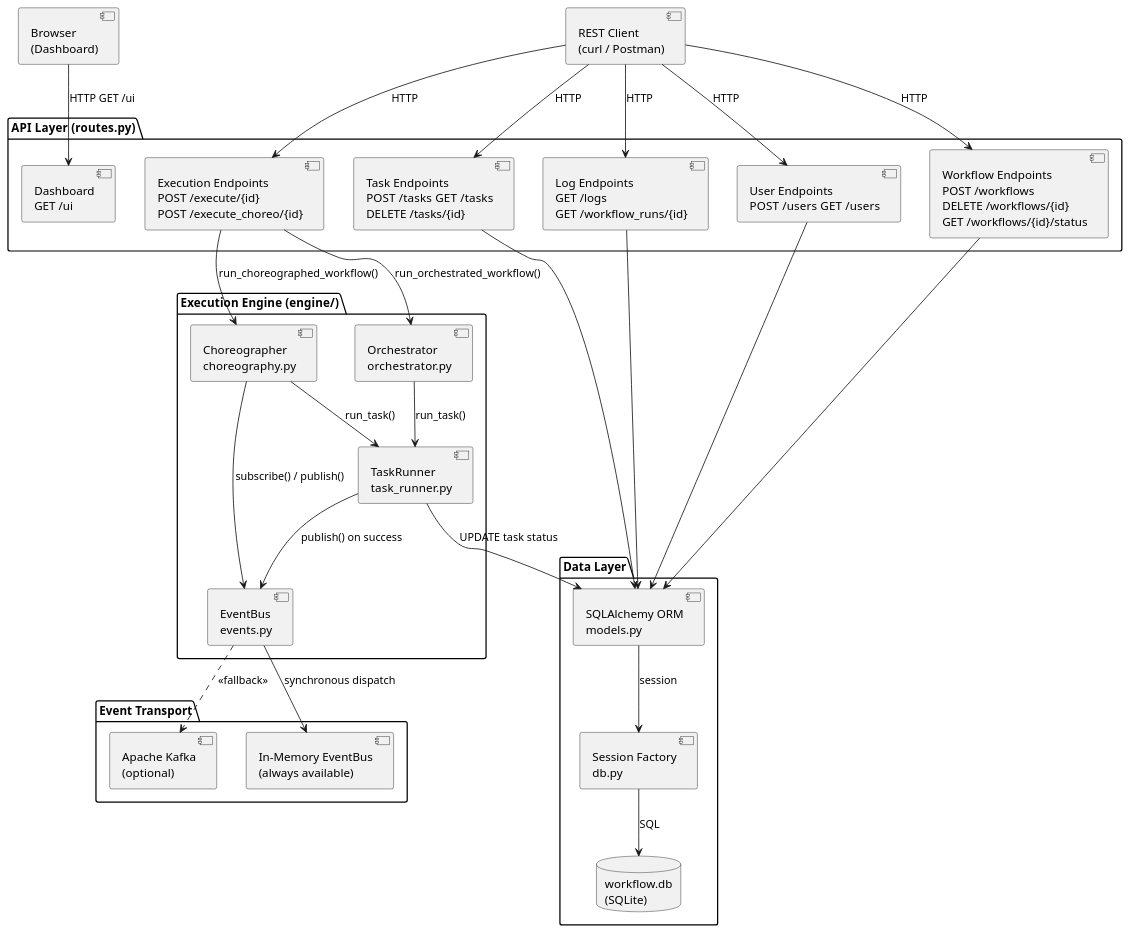
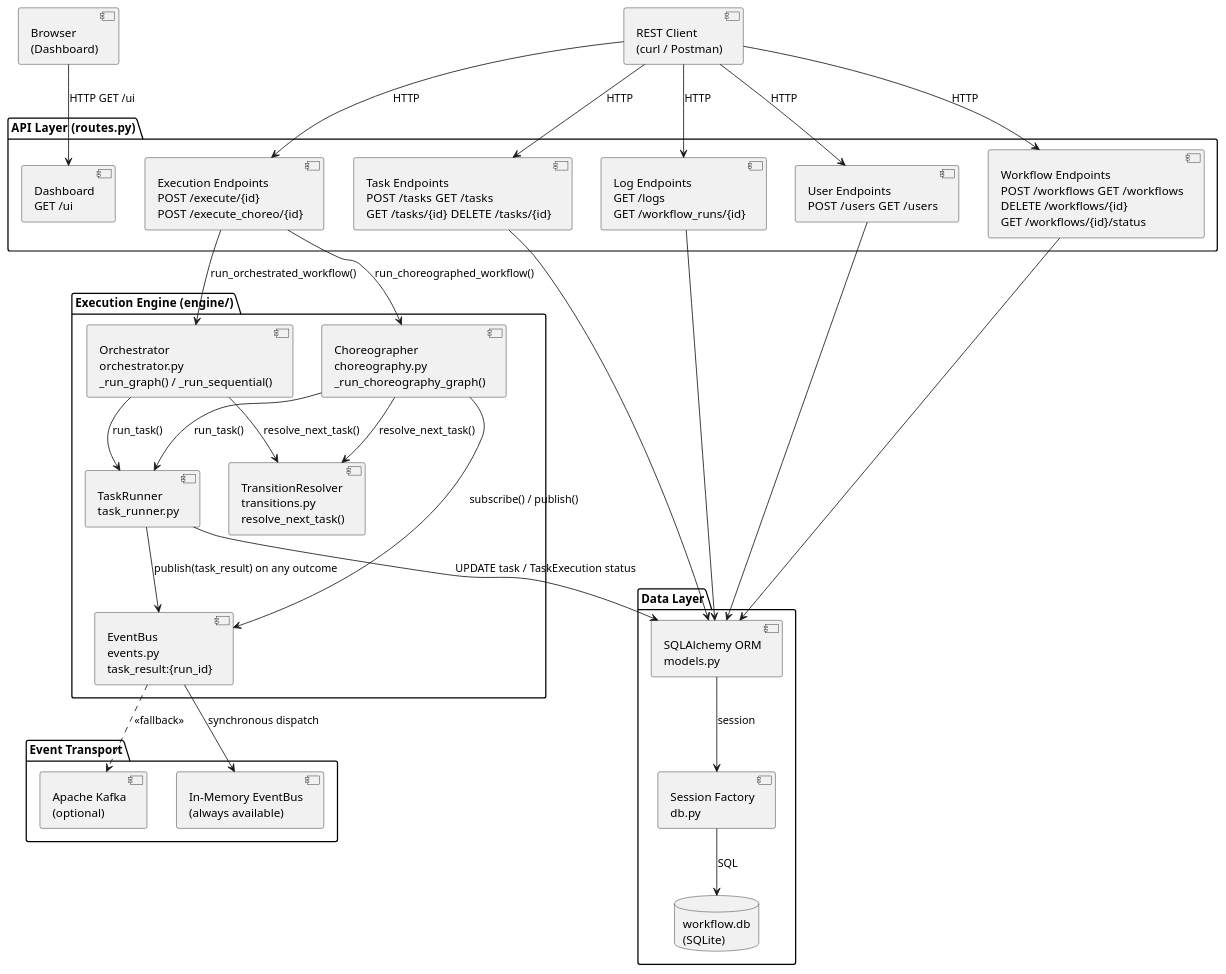
The second of 15 diagrams in docs/REPORT.md (MAES1102/WMS), drawn with PlantUML before and after one commit. The commit also changed other lines of this file and 32 other files, not shown here.

Commit message:
archive: preserve advanced graph prototype

````diff
--- a/docs/REPORT.md
+++ b/docs/REPORT.md
@@ -963,61 +1122,64 @@
 ```plantuml
 @startuml
 skinparam componentStyle uml2
 skinparam shadowing false
 skinparam defaultFontName Arial
 
 component "Browser\n(Dashboard)" as Browser
 component "REST Client\n(curl / Postman)" as RestClient
 
 package "API Layer  (routes.py)" {
   component "User Endpoints\nPOST /users  GET /users" as UserEP
-  component "Workflow Endpoints\nPOST /workflows\nDELETE /workflows/{id}\nGET /workflows/{id}/status" as WfEP
-  component "Task Endpoints\nPOST /tasks  GET /tasks\nDELETE /tasks/{id}" as TaskEP
+  component "Workflow Endpoints\nPOST /workflows  GET /workflows\nDELETE /workflows/{id}\nGET /workflows/{id}/status" as WfEP
+  component "Task Endpoints\nPOST /tasks  GET /tasks\nGET /tasks/{id}  DELETE /tasks/{id}" as TaskEP
   component "Execution Endpoints\nPOST /execute/{id}\nPOST /execute_choreo/{id}" as ExecEP
   component "Log Endpoints\nGET /logs\nGET /workflow_runs/{id}" as LogEP
   component "Dashboard\nGET /ui" as UIEP
 }
 
 package "Execution Engine  (engine/)" {
-  component "Orchestrator\norchestrator.py" as Orch
-  component "Choreographer\nchoreography.py" as Choreo
+  component "Orchestrator\norchestrator.py\n_run_graph() / _run_sequential()" as Orch
+  component "Choreographer\nchoreography.py\n_run_choreography_graph()" as Choreo
+  component "TransitionResolver\ntransitions.py\nresolve_next_task()" as Resolver
   component "TaskRunner\ntask_runner.py" as TR
-  component "EventBus\nevents.py" as EB
+  component "EventBus\nevents.py\ntask_result:{run_id}" as EB
 }
 
 package "Data Layer" {
   component "SQLAlchemy ORM\nmodels.py" as ORM
   component "Session Factory\ndb.py" as SF
   database "workflow.db\n(SQLite)" as DB
 }
 
 package "Event Transport" {
   component "In-Memory EventBus\n(always available)" as InMem
   component "Apache Kafka\n(optional)" as Kafka
 }
 
 Browser --> UIEP : HTTP GET /ui
 RestClient --> UserEP : HTTP
 RestClient --> WfEP : HTTP
 RestClient --> TaskEP : HTTP
 RestClient --> ExecEP : HTTP
 RestClient --> LogEP : HTTP
 
 ExecEP --> Orch : run_orchestrated_workflow()
 ExecEP --> Choreo : run_choreographed_workflow()
 Orch --> TR : run_task()
+Orch --> Resolver : resolve_next_task()
 Choreo --> TR : run_task()
+Choreo --> Resolver : resolve_next_task()
 Choreo --> EB : subscribe() / publish()
-TR --> EB : publish() on success
-TR --> ORM : UPDATE task status
+TR --> EB : publish(task_result) on any outcome
+TR --> ORM : UPDATE task / TaskExecution status
 UserEP --> ORM
 WfEP --> ORM
 TaskEP --> ORM
 LogEP --> ORM
 ORM --> SF : session
 SF --> DB : SQL
 
 EB --> InMem : synchronous dispatch
 EB ..> Kafka : <<fallback>>
 @enduml
 ```
````
